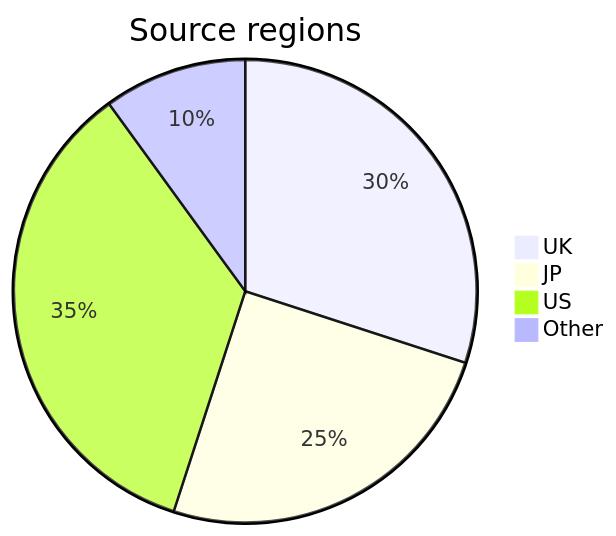
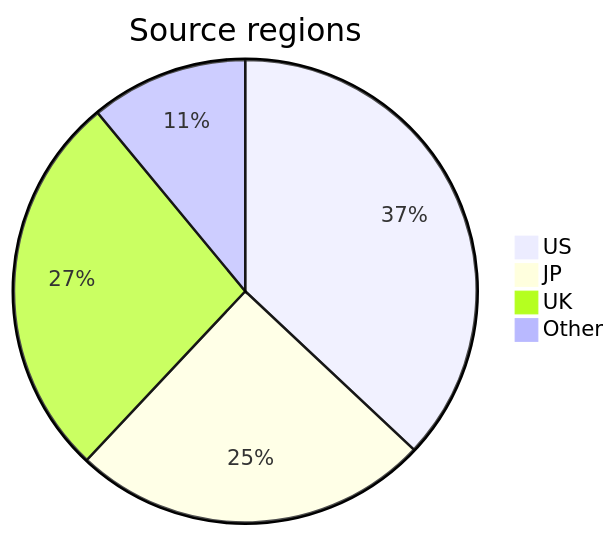
Before and after one commit to ace-dent/gbc-hw: the diagram in gbc-census/docs/notes.md, drawn with Mermaid. The commit also changed other lines of this file and 7 other files, not shown here.

````diff
--- a/gbc-census/docs/notes.md
+++ b/gbc-census/docs/notes.md
@@ -47,7 +47,7 @@
 ```mermaid
 pie title Source regions
-    "UK" : 30
+    "US" : 37
     "JP" : 25
-    "US" : 35
-    "Other" : 10
+    "UK" : 27
+    "Other" : 11
 ```
````
